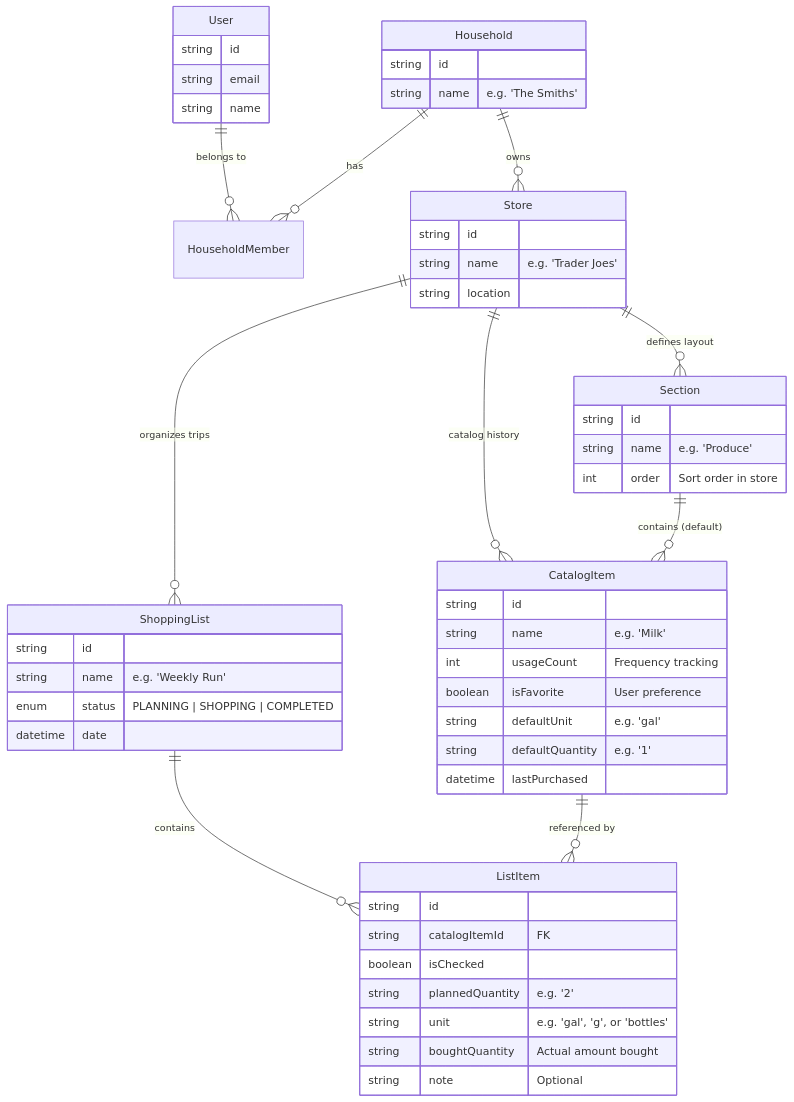
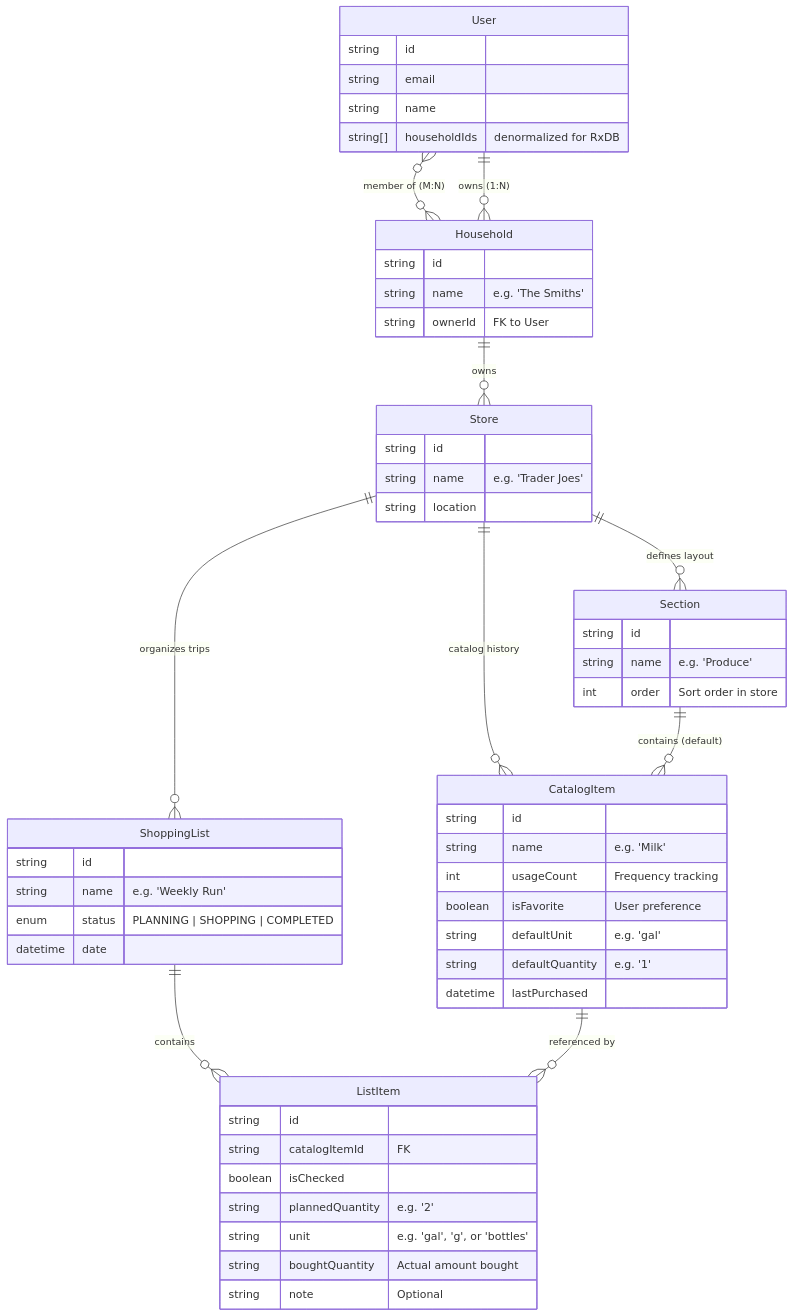
The diagram in wiki/developer-guide/domain_model.md (chaixdev/grocerun), drawn with Mermaid before and after one commit. The commit also changed other lines of this file and 1 other file, not shown here.

Commit message:
docs: Update architecture and domain model for User/Household implementation
- Updated domain model diagram to show M:N relationship between User and Household
- Added ownerId field to Household entity
- Added householdIds denormalization note for RxDB
- Documented multi-household sync scoping in architecture
- Referenced multi-household-sync.md design document

````diff
--- a/wiki/developer-guide/domain_model.md
+++ b/wiki/developer-guide/domain_model.md
@@ -7,65 +7,67 @@
 ```mermaid
 erDiagram
-    User ||--o{ HouseholdMember : "belongs to"
-    Household ||--o{ HouseholdMember : "has"
+    User }o--o{ Household : "member of (M:N)"
+    User ||--o{ Household : "owns (1:N)"
     Household ||--o{ Store : "owns"
     
     Store ||--o{ Section : "defines layout"
     Store ||--o{ CatalogItem : "catalog history"
     Store ||--o{ ShoppingList : "organizes trips"
     
     Section ||--o{ CatalogItem : "contains (default)"
     
     ShoppingList ||--o{ ListItem : "contains"
     CatalogItem ||--o{ ListItem : "referenced by"
 
     User {
         string id
         string email
         string name
+        string[] householdIds "denormalized for RxDB"
     }
 
     Household {
         string id
         string name "e.g. 'The Smiths'"
+        string ownerId "FK to User"
     }
 
     Store {
         string id
         string name "e.g. 'Trader Joes'"
         string location
     }
 
     Section {
         string id
         string name "e.g. 'Produce'"
         int order "Sort order in store"
     }
 
     CatalogItem {
         string id
         string name "e.g. 'Milk'"
         int usageCount "Frequency tracking"
         boolean isFavorite "User preference"
         string defaultUnit "e.g. 'gal'"
         string defaultQuantity "e.g. '1'"
         datetime lastPurchased
     }
 
     ShoppingList {
         string id
         string name "e.g. 'Weekly Run'"
         enum status "PLANNING | SHOPPING | COMPLETED"
         datetime date
     }
 
     ListItem {
         string id
         string catalogItemId "FK"
         boolean isChecked
         string plannedQuantity "e.g. '2'"
         string unit "e.g. 'gal', 'g', or 'bottles'"
         string boughtQuantity "Actual amount bought"
         string note "Optional"
     }
 ```
````
